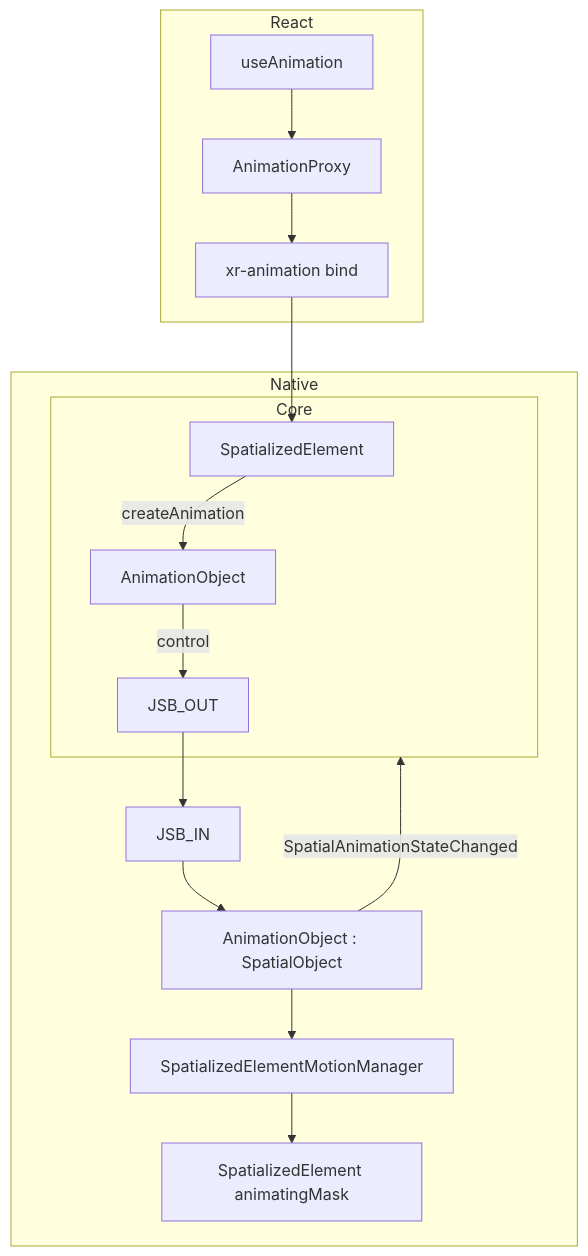
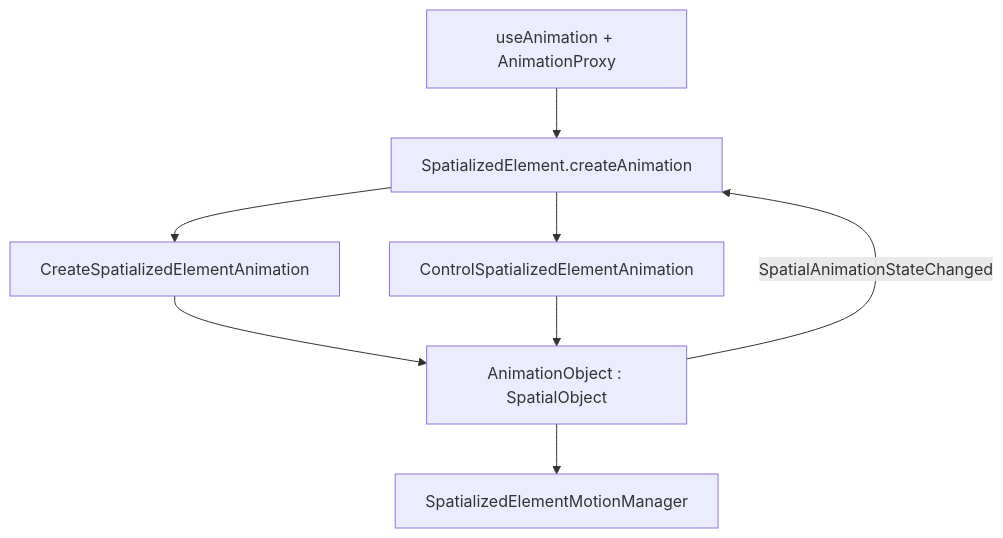
The diagram in openspec/changes/spatialized-element-motion-api/design.zh.md (webspatial/webspatial-sdk), drawn with Mermaid before and after one commit. The commit also changed other lines of this file and 20 other files, not shown here.

First line of the commit message:
Consolidate spatialized motion OpenSpec into a single umbrella spec.

````diff
--- a/openspec/changes/spatialized-element-motion-api/design.zh.md
+++ b/openspec/changes/spatialized-element-motion-api/design.zh.md
@@ -22,29 +3,10 @@
 ```mermaid
 flowchart TD
-  subgraph React
-    UA[useAnimation]
-    PROXY[AnimationProxy]
-    BIND[xr-animation bind]
-    UA --> PROXY --> BIND
-  end
-
-  subgraph Core
-    SE[SpatializedElement]
-    AO[AnimationObject]
-    SE -->|createAnimation| AO
-    AO -->|control| JSB_OUT
-  end
-
-  subgraph Native
-    NAO[AnimationObject : SpatialObject]
-    MGR[SpatializedElementMotionManager]
-    ELEM[SpatializedElement animatingMask]
-    JSB_IN --> NAO
-    NAO --> MGR
-    MGR --> ELEM
-    NAO -->|SpatialAnimationStateChanged| Core
-  end
-
-  BIND --> SE
-  JSB_OUT --> JSB_IN
+  React[useAnimation + AnimationProxy] --> Core[SpatializedElement.createAnimation]
+  Core --> CreateJSB[CreateSpatializedElementAnimation]
+  Core --> ControlJSB[ControlSpatializedElementAnimation]
+  CreateJSB --> NAO[AnimationObject : SpatialObject]
+  ControlJSB --> NAO
+  NAO --> MGR[SpatializedElementMotionManager]
+  NAO -->|SpatialAnimationStateChanged| Core
 ```
````
